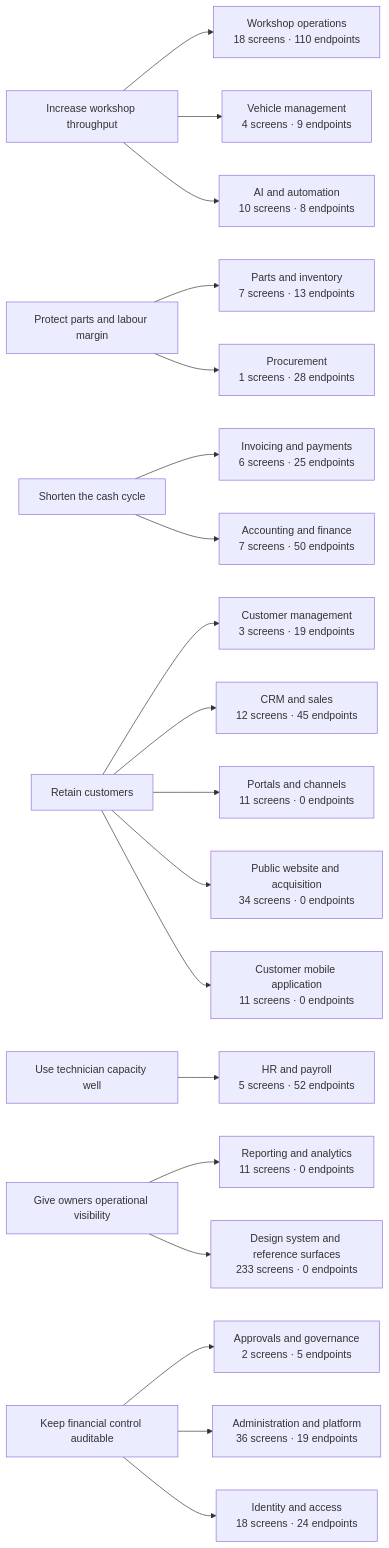
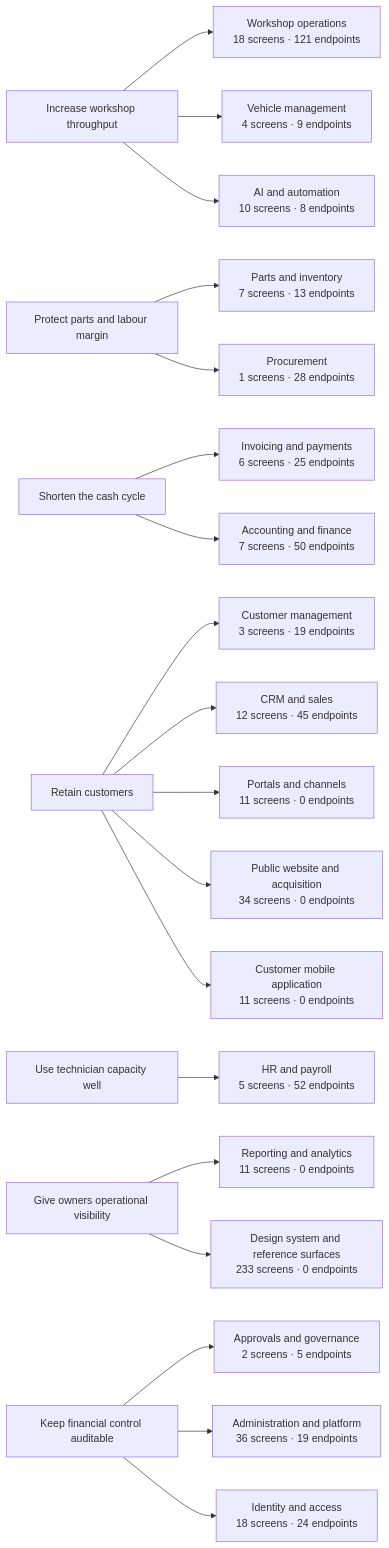
Before and after one commit to tazamohd/SlClNe: the diagram in docs/07_BUSINESS_ANALYSIS/BUSINESS_CAPABILITY_MAP.md, drawn with Mermaid. The commit also changed other lines of this file and 52 other files, not shown here.

````diff
--- a/docs/07_BUSINESS_ANALYSIS/BUSINESS_CAPABILITY_MAP.md
+++ b/docs/07_BUSINESS_ANALYSIS/BUSINESS_CAPABILITY_MAP.md
@@ -22,46 +22,46 @@
 ```mermaid
 flowchart LR
   OBJ_THROUGHPUT["Increase workshop throughput"]
   OBJ_MARGIN["Protect parts and labour margin"]
   OBJ_CASH["Shorten the cash cycle"]
   OBJ_RETENTION["Retain customers"]
   OBJ_CAPACITY["Use technician capacity well"]
   OBJ_VISIBILITY["Give owners operational visibility"]
   OBJ_CONTROL["Keep financial control auditable"]
-  CAP_WORKSHOP["Workshop operations<br/>18 screens · 110 endpoints"]
+  CAP_WORKSHOP["Workshop operations<br/>18 screens · 121 endpoints"]
   OBJ_THROUGHPUT --> CAP_WORKSHOP
   CAP_CUSTOMERS["Customer management<br/>3 screens · 19 endpoints"]
   OBJ_RETENTION --> CAP_CUSTOMERS
   CAP_VEHICLES["Vehicle management<br/>4 screens · 9 endpoints"]
   OBJ_THROUGHPUT --> CAP_VEHICLES
   CAP_INVENTORY["Parts and inventory<br/>7 screens · 13 endpoints"]
   OBJ_MARGIN --> CAP_INVENTORY
   CAP_PROCUREMENT["Procurement<br/>1 screens · 28 endpoints"]
   OBJ_MARGIN --> CAP_PROCUREMENT
   CAP_BILLING["Invoicing and payments<br/>6 screens · 25 endpoints"]
   OBJ_CASH --> CAP_BILLING
   CAP_ACCOUNTING["Accounting and finance<br/>7 screens · 50 endpoints"]
   OBJ_CASH --> CAP_ACCOUNTING
   CAP_HR["HR and payroll<br/>5 screens · 52 endpoints"]
   OBJ_CAPACITY --> CAP_HR
   CAP_CRM["CRM and sales<br/>12 screens · 45 endpoints"]
   OBJ_RETENTION --> CAP_CRM
   CAP_REPORTING["Reporting and analytics<br/>11 screens · 0 endpoints"]
   OBJ_VISIBILITY --> CAP_REPORTING
   CAP_GOVERNANCE["Approvals and governance<br/>2 screens · 5 endpoints"]
   OBJ_CONTROL --> CAP_GOVERNANCE
   CAP_PORTALS["Portals and channels<br/>11 screens · 0 endpoints"]
   OBJ_RETENTION --> CAP_PORTALS
   CAP_AI["AI and automation<br/>10 screens · 8 endpoints"]
   OBJ_THROUGHPUT --> CAP_AI
   CAP_PLATFORM["Administration and platform<br/>36 screens · 19 endpoints"]
   OBJ_CONTROL --> CAP_PLATFORM
   CAP_IDENTITY["Identity and access<br/>18 screens · 24 endpoints"]
   OBJ_CONTROL --> CAP_IDENTITY
   CAP_WEBSITE["Public website and acquisition<br/>34 screens · 0 endpoints"]
   OBJ_RETENTION --> CAP_WEBSITE
   CAP_CUSTOMERAPP["Customer mobile application<br/>11 screens · 0 endpoints"]
   OBJ_RETENTION --> CAP_CUSTOMERAPP
   CAP_DESIGNSYSTEM["Design system and reference surfaces<br/>233 screens · 0 endpoints"]
   OBJ_VISIBILITY --> CAP_DESIGNSYSTEM
 ```
````
